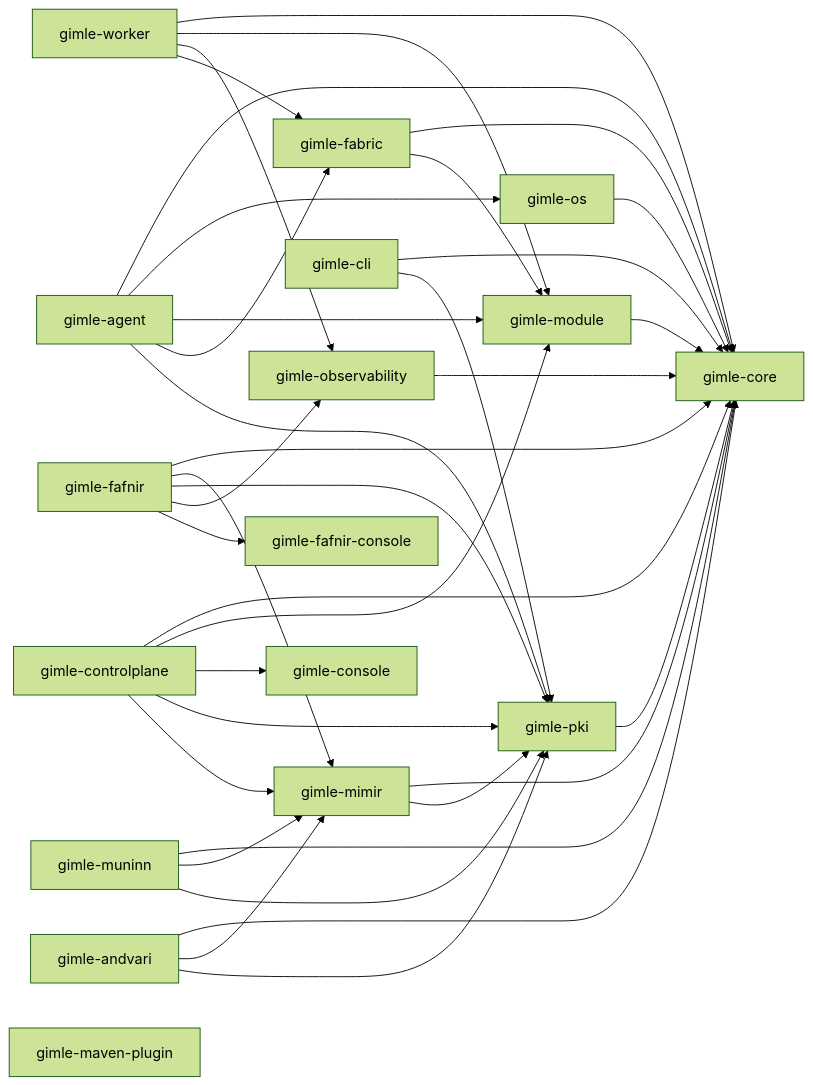
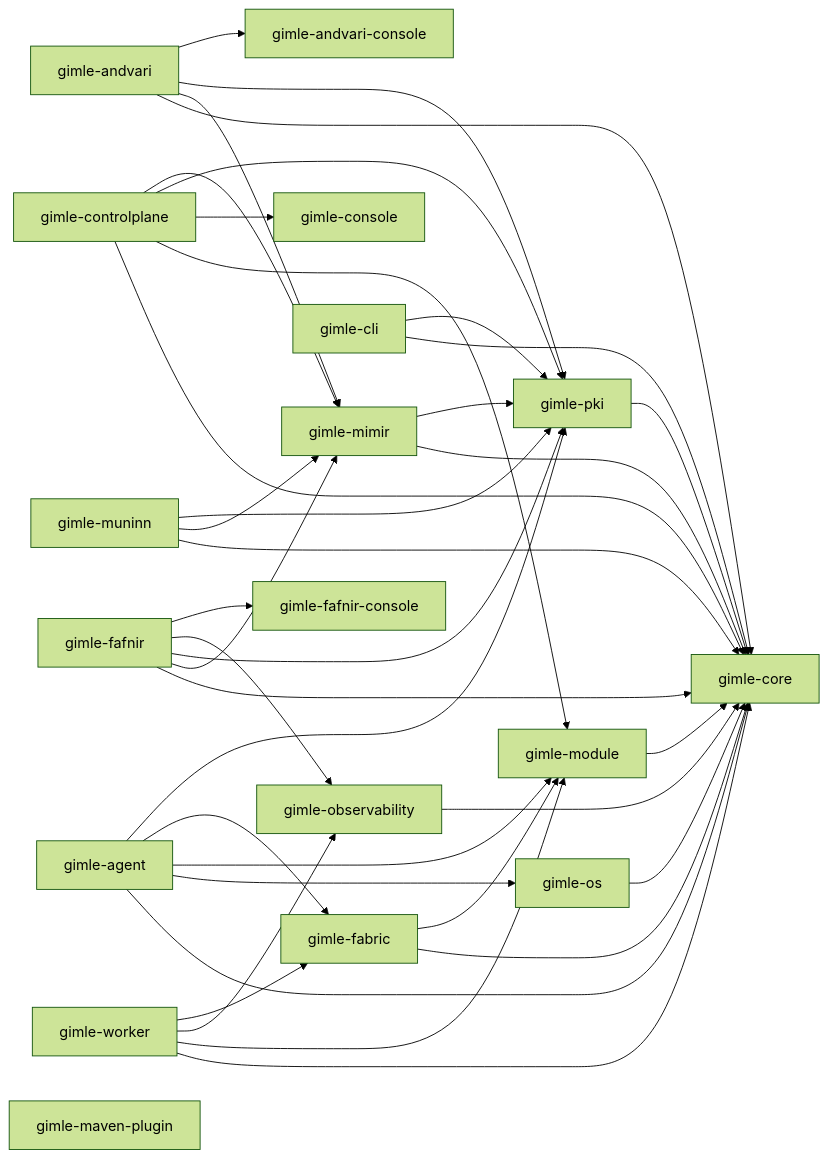
Before and after one commit to ghiloufibg/gimle: the diagram in gimle-docs/docs/contributing/project-structure.md, drawn with Mermaid (forest theme). The commit also changed other lines of this file and 106 other files, not shown here.

First line of the commit message:
feat(andvari): add dedicated web console with TLS-gated login

````diff
--- a/gimle-docs/docs/contributing/project-structure.md
+++ b/gimle-docs/docs/contributing/project-structure.md
@@ -16,40 +16,41 @@
 ```mermaid
 graph LR
     core[gimle-core]
     module[gimle-module] --> core
     os[gimle-os] --> core
     observability[gimle-observability] --> core
     fabric[gimle-fabric] --> core
     fabric --> module
     pki[gimle-pki] --> core
     worker[gimle-worker] --> core
     worker --> module
     worker --> observability
     worker --> fabric
     agent[gimle-agent] --> core
     agent --> os
     agent --> module
     agent --> fabric
     agent --> pki
     mimir[gimle-mimir] --> core
     mimir --> pki
     fafnir[gimle-fafnir] --> core
     fafnir --> mimir
     fafnir --> pki
     fafnir --> observability
     fafnir --> fafnirconsole[gimle-fafnir-console]
     muninn[gimle-muninn] --> core
     muninn --> mimir
     muninn --> pki
     andvari[gimle-andvari] --> core
     andvari --> mimir
     andvari --> pki
+    andvari --> andvariconsole[gimle-andvari-console]
     controlplane[gimle-controlplane] --> core
     controlplane --> module
     controlplane --> console[gimle-console]
     controlplane --> pki
     controlplane --> mimir
     cli[gimle-cli] --> core
     cli --> pki
     mavenplugin[gimle-maven-plugin]
 ```
````
